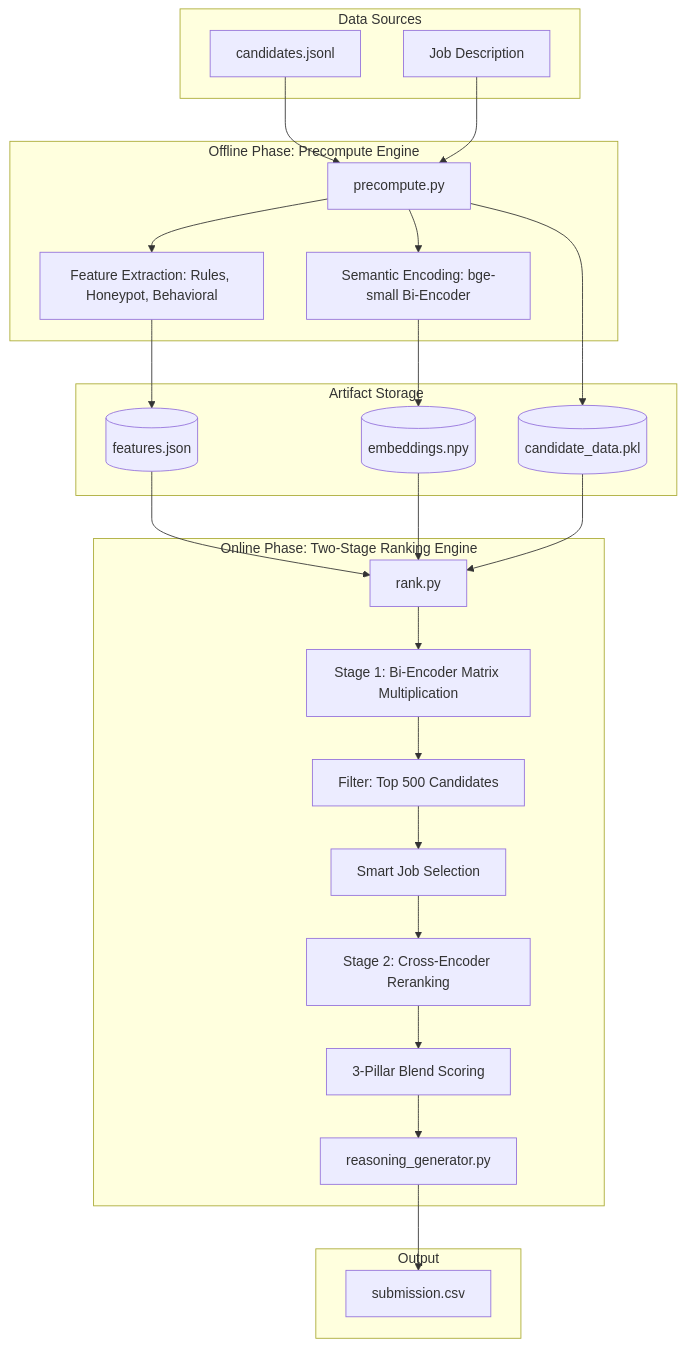
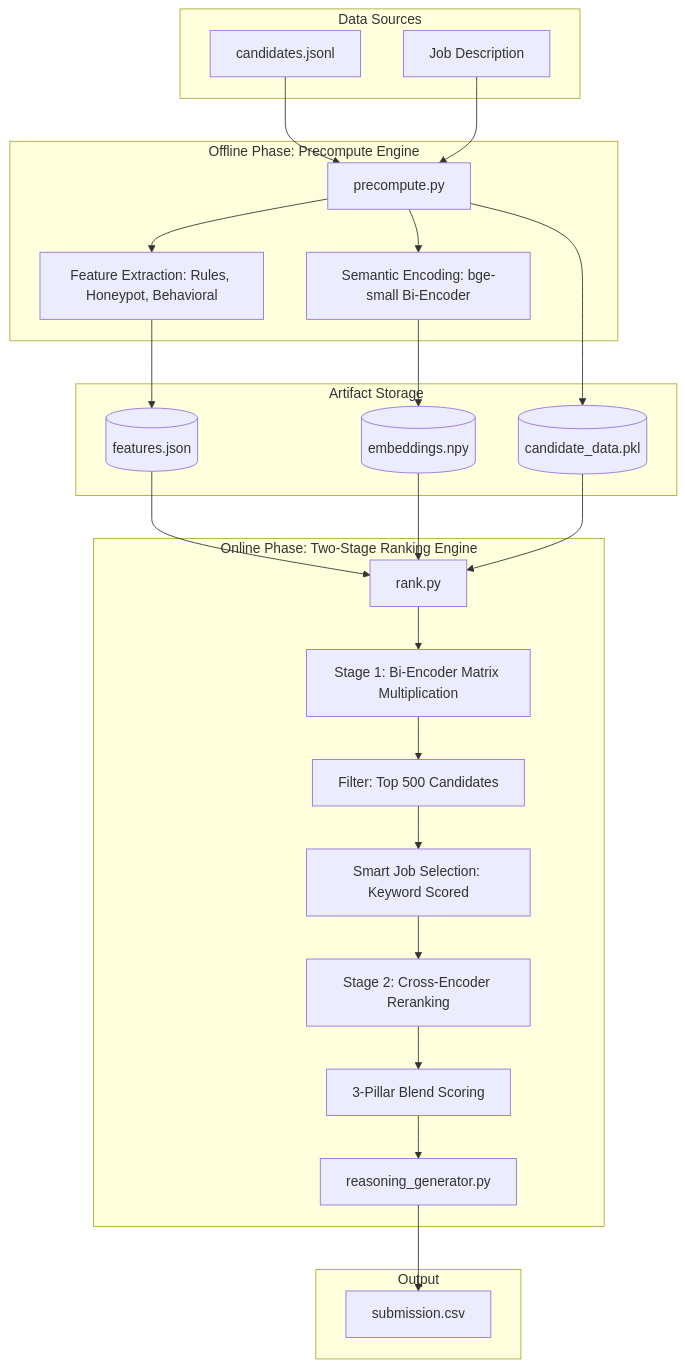
The diagram in architecture.md (Amanjha112113/ai-candidate-ranker), drawn with Mermaid before and after one commit. The commit also changed other lines of this file and 7 other files, not shown here.

Commit message:
Final updates: Laptop portability, MPS acceleration, bge-large model upgrade, and updated architecture docs

````diff
--- a/architecture.md
+++ b/architecture.md
@@ -9,52 +9,52 @@
 ```mermaid
 graph TD
     subgraph Data Sources
     A[candidates.jsonl]
     B[Job Description]
     end
 
     subgraph Offline Phase: Precompute Engine
     C[precompute.py]
     D[Feature Extraction: Rules, Honeypot, Behavioral]
     E[Semantic Encoding: bge-small Bi-Encoder]
     end
 
     subgraph Artifact Storage
     F[(features.json)]
     G[(embeddings.npy)]
     H[(candidate_data.pkl)]
     end
 
     subgraph Online Phase: Two-Stage Ranking Engine
     I[rank.py]
     J[Stage 1: Bi-Encoder Matrix Multiplication]
     K[Filter: Top 500 Candidates]
     L[Stage 2: Cross-Encoder Reranking]
-    M[Smart Job Selection]
+    M[Smart Job Selection: Keyword Scored]
     N[3-Pillar Blend Scoring]
     O[reasoning_generator.py]
     end
 
     subgraph Output
     P[submission.csv]
     end
 
     A --> C
     B --> C
     C --> D
     C --> E
     D --> F
     E --> G
     C --> H
 
     F --> I
     G --> I
     H --> I
     I --> J
     J --> K
     K --> M
     M --> L
     L --> N
     N --> O
     O --> P
 ```
````
